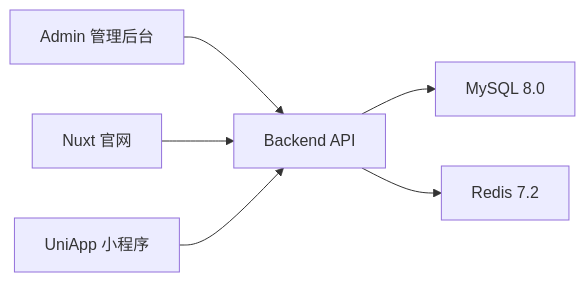
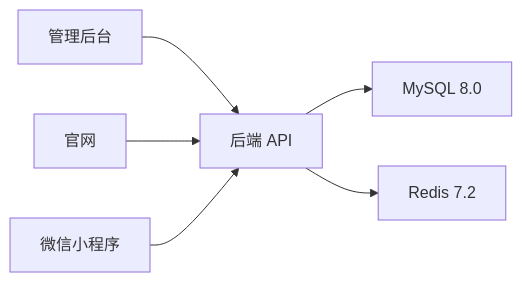
One commit to gee-coder/template-go-backend changed the second of 4 diagrams in README.md. Above: the diagram before and after it, drawn with Mermaid. The commit also changed other lines of this file and 17 other files, not shown here.

````diff
--- a/README.md
+++ b/README.md
@@ -61,8 +62,8 @@
 ```mermaid
 flowchart LR
-    Admin["Admin 管理后台"] --> API["Backend API"]
-    Website["Nuxt 官网"] --> API
-    Miniapp["UniApp 小程序"] --> API
+    Admin["管理后台"] --> API["后端 API"]
+    Website["官网"] --> API
+    Miniapp["微信小程序"] --> API
     API --> MySQL["MySQL 8.0"]
     API --> Redis["Redis 7.2"]
 ```
````
